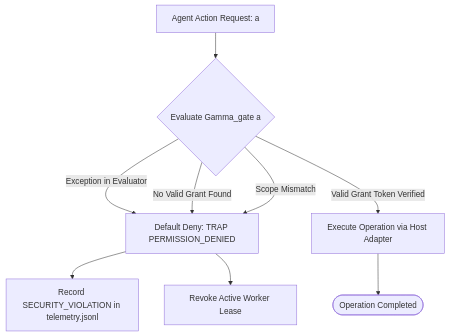
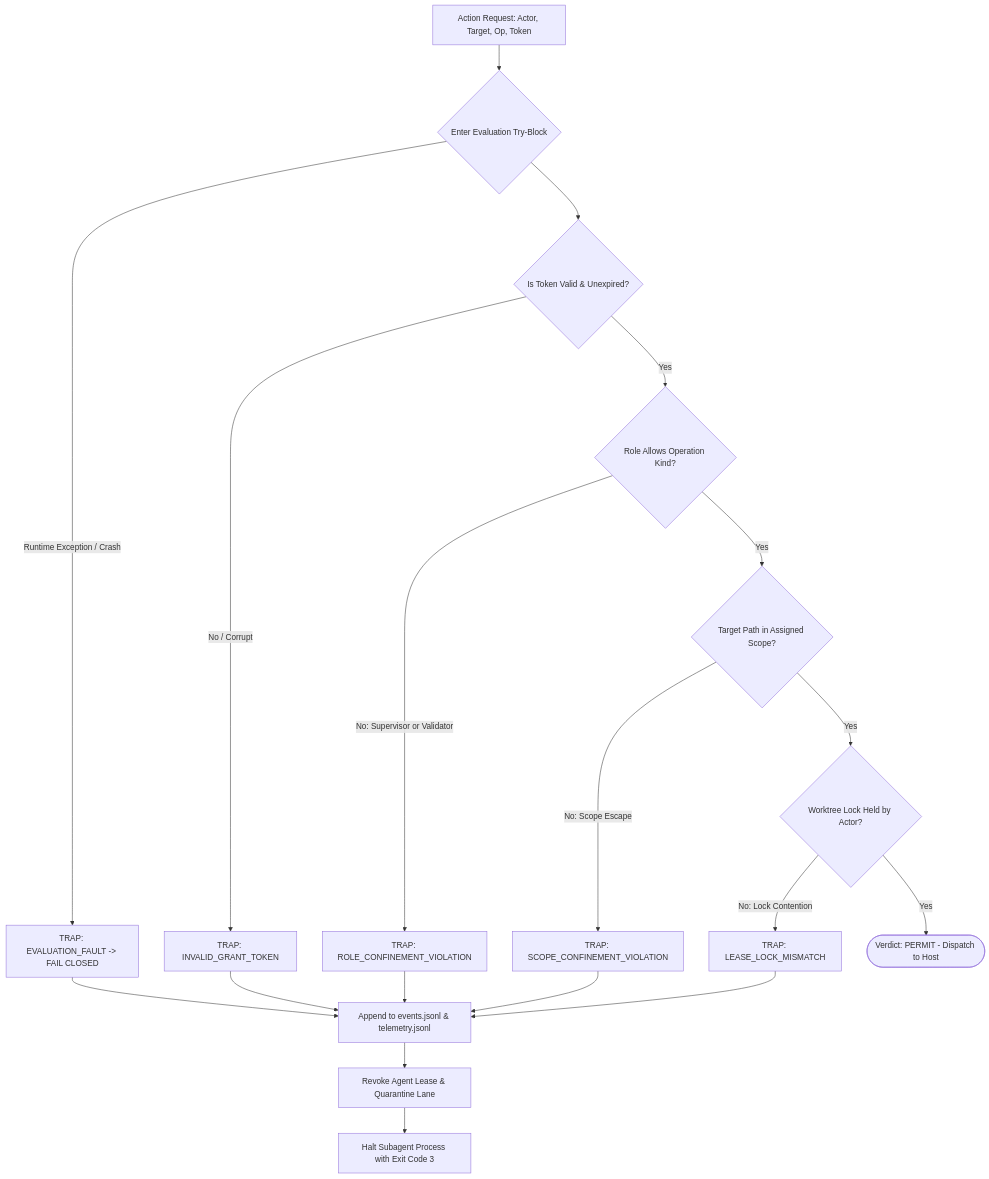
Before and after one commit to onurseckin/skills: the diagram in docs/olt/architecture/13-policy-rbac-failclosed-engine/13-03-fail-closed-permission-gates.md, drawn with Mermaid. The commit also changed other lines of this file and 83 other files, not shown here.

````diff
--- a/docs/olt/architecture/13-policy-rbac-failclosed-engine/13-03-fail-closed-permission-gates.md
+++ b/docs/olt/architecture/13-policy-rbac-failclosed-engine/13-03-fail-closed-permission-gates.md
@@ -55,14 +80,28 @@
 ```mermaid
 flowchart TD
-    Req[Agent Action Request: a] --> GateTry{Evaluate Gamma_gate a}
+    Req[Action Request: Actor, Target, Op, Token] --> TryEval{Enter Evaluation Try-Block}
 
-    GateTry -->|Exception in Evaluator| TrapDeny[Default Deny: TRAP PERMISSION_DENIED]
-    GateTry -->|No Valid Grant Found| TrapDeny
-    GateTry -->|Scope Mismatch| TrapDeny
+    TryEval -->|Runtime Exception / Crash| TrapFailClosed[TRAP: EVALUATION_FAULT -> FAIL CLOSED]
+    TryEval --> CheckToken{Is Token Valid & Unexpired?}
 
-    GateTry -->|Valid Grant Token Verified| AllowAction[Execute Operation via Host Adapter]
+    CheckToken -->|No / Corrupt| TrapToken[TRAP: INVALID_GRANT_TOKEN]
+    CheckToken -->|Yes| CheckRole{Role Allows Operation Kind?}
 
-    TrapDeny --> LogSecurityEvent[Record SECURITY_VIOLATION in telemetry.jsonl]
-    TrapDeny --> RevokeLease[Revoke Active Worker Lease]
-    AllowAction --> ActionComplete([Operation Completed])
+    CheckRole -->|No: Supervisor or Validator| TrapRole[TRAP: ROLE_CONFINEMENT_VIOLATION]
+    CheckRole -->|Yes| CheckScope{Target Path in Assigned Scope?}
+
+    CheckScope -->|No: Scope Escape| TrapScope[TRAP: SCOPE_CONFINEMENT_VIOLATION]
+    CheckScope -->|Yes| CheckLock{Worktree Lock Held by Actor?}
+
+    CheckLock -->|No: Lock Contention| TrapLock[TRAP: LEASE_LOCK_MISMATCH]
+    CheckLock -->|Yes| AllowOp([Verdict: PERMIT - Dispatch to Host])
+
+    TrapFailClosed --> LogIncident[Append to events.jsonl & telemetry.jsonl]
+    TrapToken --> LogIncident
+    TrapRole --> LogIncident
+    TrapScope --> LogIncident
+    TrapLock --> LogIncident
+
+    LogIncident --> RevokeLease[Revoke Agent Lease & Quarantine Lane]
+    RevokeLease --> HaltProcess[Halt Subagent Process with Exit Code 3]
 ```
````
